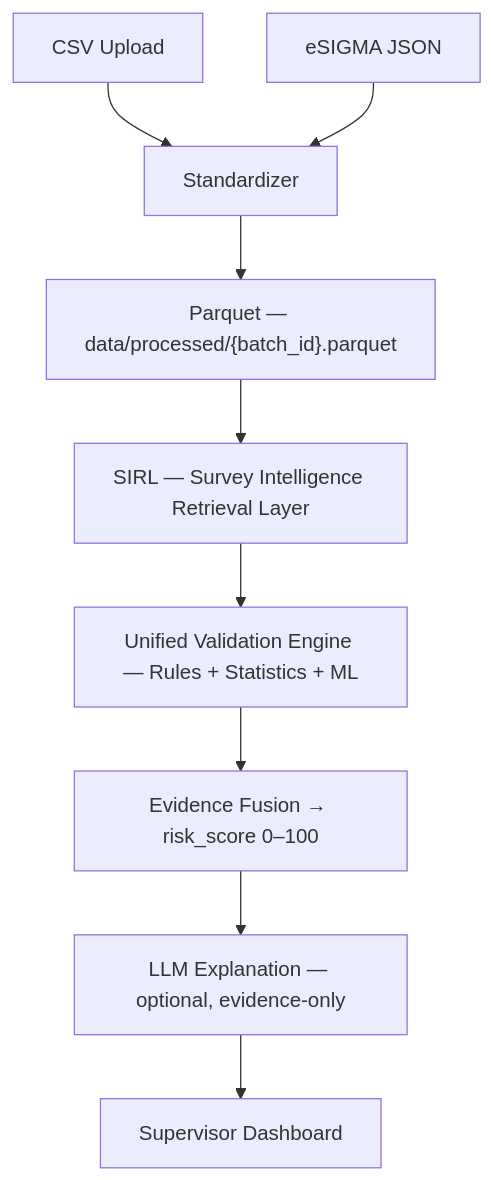
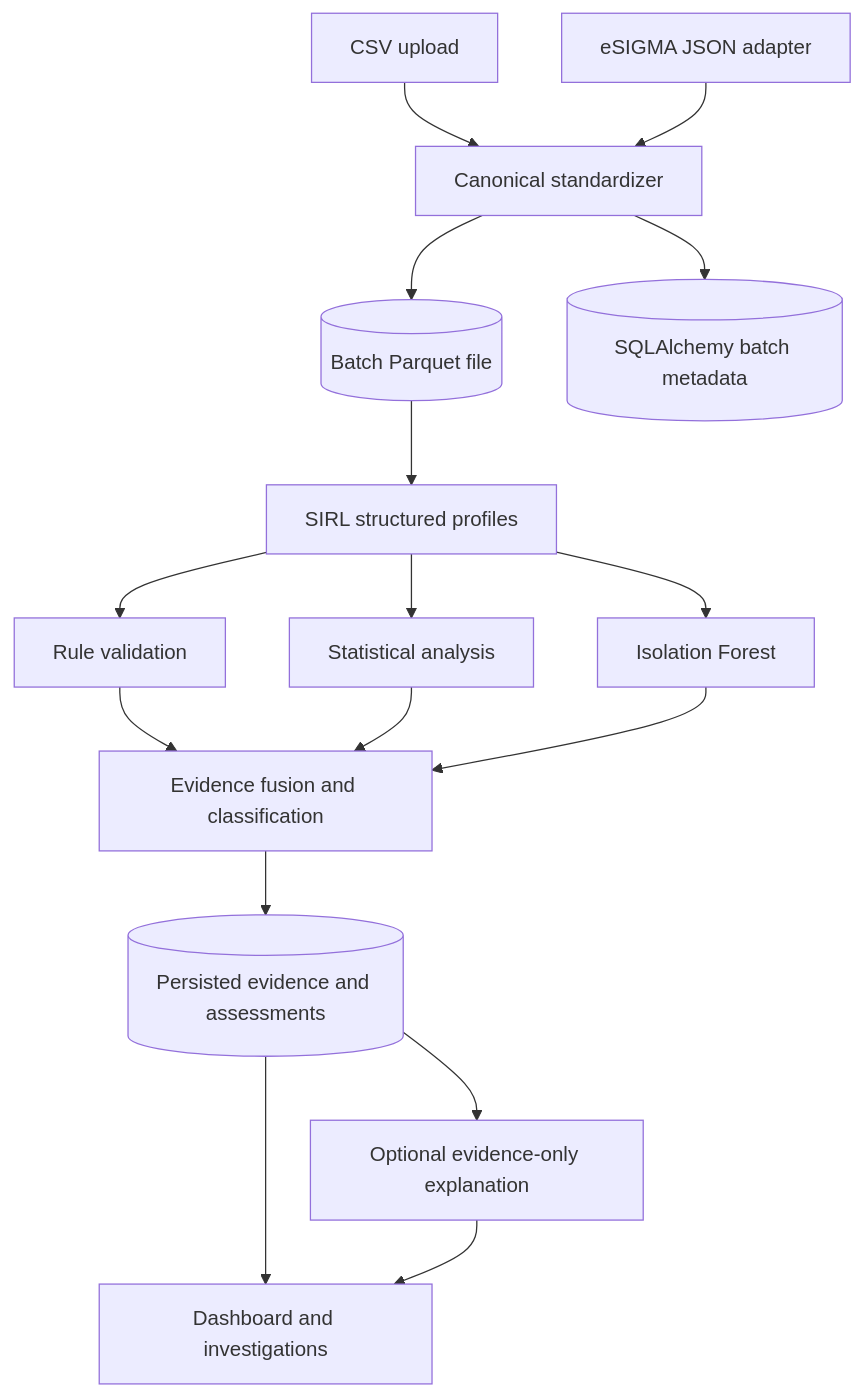
Before and after one commit to akilanpl/survey-data-intelligence: the first of 2 diagrams in README.md, drawn with Mermaid. The commit also changed other lines of this file, not shown here.

Commit message:
docs: clarify architecture, evidence and reproducibility

````diff
--- a/README.md
+++ b/README.md
@@ -64,11 +13,18 @@
 ```mermaid
 flowchart TD
-    A[CSV Upload] --> C[Standardizer]
-    B[eSIGMA JSON] --> C
-    C --> D["Parquet — data/processed/{batch_id}.parquet"]
-    D --> E["SIRL — Survey Intelligence Retrieval Layer"]
-    E --> F["Unified Validation Engine — Rules + Statistics + ML"]
-    F --> G[Evidence Fusion → risk_score 0–100]
-    G --> H["LLM Explanation — optional, evidence-only"]
-    H --> I[Supervisor Dashboard]
+    CSV[CSV upload] --> Normalize[Canonical standardizer]
+    ES[eSIGMA JSON adapter] --> Normalize
+    Normalize --> PQ[(Batch Parquet file)]
+    Normalize --> Meta[(SQLAlchemy batch metadata)]
+    PQ --> Profile[SIRL structured profiles]
+    Profile --> Rules[Rule validation]
+    Profile --> Stats[Statistical analysis]
+    Profile --> ML[Isolation Forest]
+    Rules --> Fusion[Evidence fusion and classification]
+    Stats --> Fusion
+    ML --> Fusion
+    Fusion --> Store[(Persisted evidence and assessments)]
+    Store --> Dashboard[Dashboard and investigations]
+    Store --> Explain[Optional evidence-only explanation]
+    Explain --> Dashboard
 ```
````
